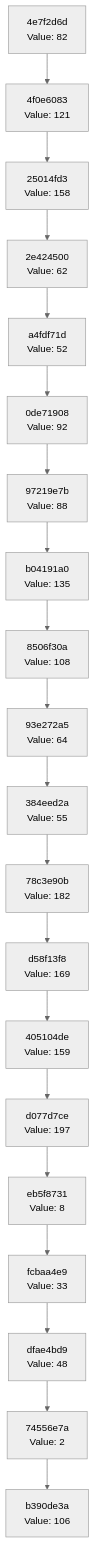
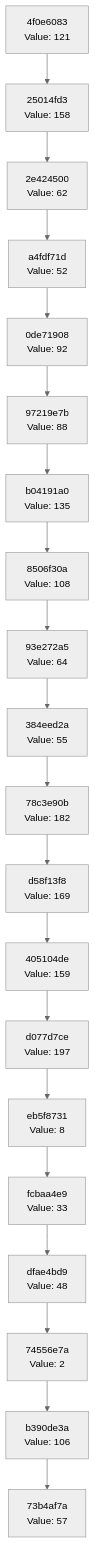
Before and after one commit to Abhisheksinha1506/hash-chain-evolver: the diagram in docs/CHAIN_VISUALIZATION.md, drawn with Mermaid (neutral theme). The commit also changed 2 other files, not shown here.

Commit message:
Evolution step: hash 0x39 → action executed

````diff
--- a/docs/CHAIN_VISUALIZATION.md
+++ b/docs/CHAIN_VISUALIZATION.md
@@ -3,42 +3,42 @@
 ```mermaid
 graph TD
-    C0["b390de3a<br/>Value: 106"]
-    C1["74556e7a<br/>Value: 2"]
+    C0["73b4af7a<br/>Value: 57"]
+    C1["b390de3a<br/>Value: 106"]
     C1 --> C0
-    C2["dfae4bd9<br/>Value: 48"]
+    C2["74556e7a<br/>Value: 2"]
     C2 --> C1
-    C3["fcbaa4e9<br/>Value: 33"]
+    C3["dfae4bd9<br/>Value: 48"]
     C3 --> C2
-    C4["eb5f8731<br/>Value: 8"]
+    C4["fcbaa4e9<br/>Value: 33"]
     C4 --> C3
-    C5["d077d7ce<br/>Value: 197"]
+    C5["eb5f8731<br/>Value: 8"]
     C5 --> C4
-    C6["405104de<br/>Value: 159"]
+    C6["d077d7ce<br/>Value: 197"]
     C6 --> C5
-    C7["d58f13f8<br/>Value: 169"]
+    C7["405104de<br/>Value: 159"]
     C7 --> C6
-    C8["78c3e90b<br/>Value: 182"]
+    C8["d58f13f8<br/>Value: 169"]
     C8 --> C7
-    C9["384eed2a<br/>Value: 55"]
+    C9["78c3e90b<br/>Value: 182"]
     C9 --> C8
-    C10["93e272a5<br/>Value: 64"]
+    C10["384eed2a<br/>Value: 55"]
     C10 --> C9
-    C11["8506f30a<br/>Value: 108"]
+    C11["93e272a5<br/>Value: 64"]
     C11 --> C10
-    C12["b04191a0<br/>Value: 135"]
+    C12["8506f30a<br/>Value: 108"]
     C12 --> C11
-    C13["97219e7b<br/>Value: 88"]
+    C13["b04191a0<br/>Value: 135"]
     C13 --> C12
-    C14["0de71908<br/>Value: 92"]
+    C14["97219e7b<br/>Value: 88"]
     C14 --> C13
-    C15["a4fdf71d<br/>Value: 52"]
+    C15["0de71908<br/>Value: 92"]
     C15 --> C14
-    C16["2e424500<br/>Value: 62"]
+    C16["a4fdf71d<br/>Value: 52"]
     C16 --> C15
-    C17["25014fd3<br/>Value: 158"]
+    C17["2e424500<br/>Value: 62"]
     C17 --> C16
-    C18["4f0e6083<br/>Value: 121"]
+    C18["25014fd3<br/>Value: 158"]
     C18 --> C17
-    C19["4e7f2d6d<br/>Value: 82"]
+    C19["4f0e6083<br/>Value: 121"]
     C19 --> C18
 ```
````
